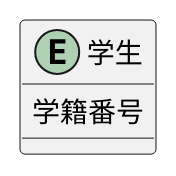
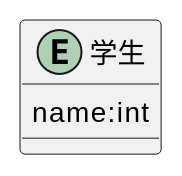
The diagram in DB/E-R図/詳細E-R図.md (Aso2001133/2021sys-design), drawn with PlantUML before and after one commit.

```diff
--- a/DB/E-R図/詳細E-R図.md
+++ b/DB/E-R図/詳細E-R図.md
@@ -1,5 +1,5 @@
 @startuml
 entity "学生" {
-  学籍番号
+  name:int
 }
 @enduml
```
